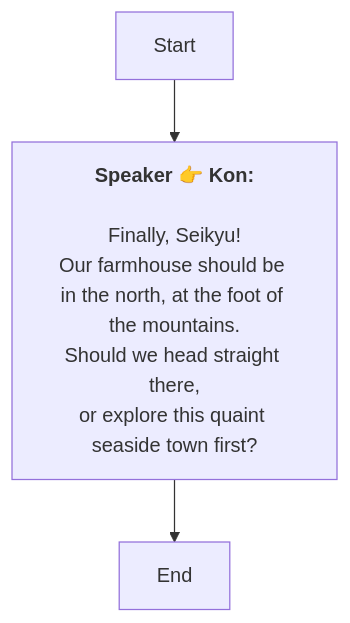
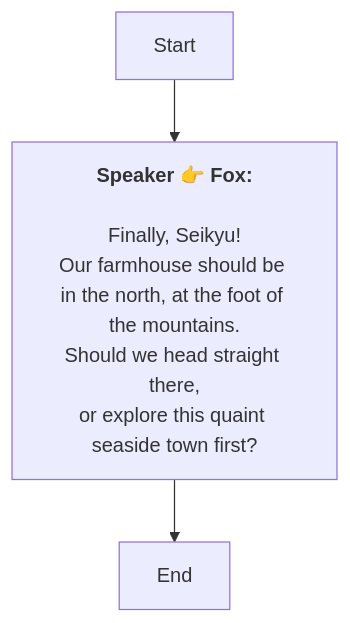
One commit to SoftHu/tos_avg changed the diagram in En/GameStartAvg.md. Above: the diagram before and after it, drawn with Mermaid. The commit also changed 737 other files, not shown here.

````diff
--- a/En/GameStartAvg.md
+++ b/En/GameStartAvg.md
@@ -1,11 +1,9 @@
 ```mermaid
 graph
-Start -->1738357218525366[<b>Speaker 👉 Kon:</b>
-
-Finally, Seikyu!
-Our farmhouse should be in the north, at the foot of the mountains.
-Should we head straight there,
+Start -->1738357218525366[<b>Speaker 👉 Fox:</b>
+\nFinally, Seikyu!
+Our farmhouse should be in the north, at the foot of the mountains.\nShould we head straight there,
 or explore this quaint seaside town first?]
 1738357218525366 -->1738357311415479[End]
 
- ```
+```
````
